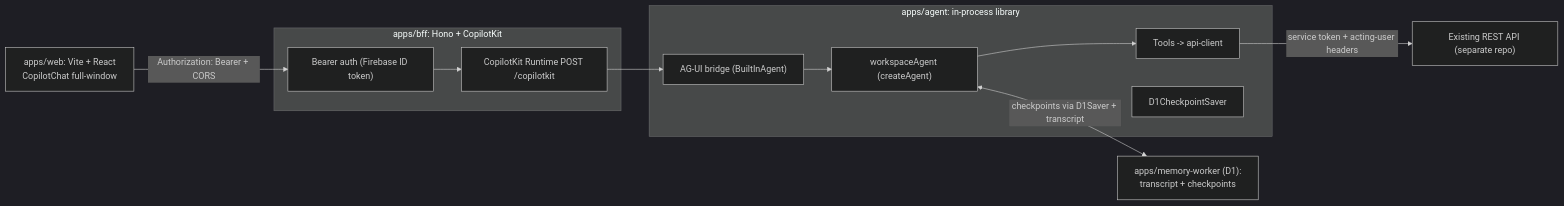
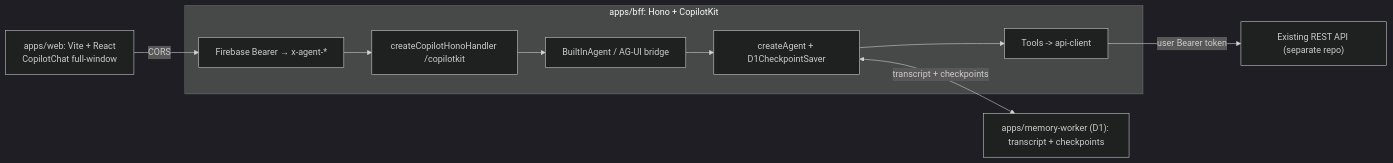
The diagram in langchain-copilot-boilerplate/README.md (phuocv76/langchain-js), drawn with Mermaid (dark theme) before and after one commit. The commit also changed other lines of this file and 25 other files, not shown here.

````diff
--- a/langchain-copilot-boilerplate/README.md
+++ b/langchain-copilot-boilerplate/README.md
@@ -27,19 +25,16 @@
 ```mermaid
 flowchart LR
   UI["apps/web: Vite + React<br/>CopilotChat full-window"]
   subgraph bff [apps/bff: Hono + CopilotKit]
-    Auth["Bearer auth (Firebase ID token)"]
-    Runtime["CopilotKit Runtime POST /copilotkit"]
+    Identity["Firebase Bearer → x-agent-*"]
+    Runtime["createCopilotHonoHandler /copilotkit"]
+    Bridge["BuiltInAgent / AG-UI bridge"]
+    Graph["createAgent + D1CheckpointSaver"]
+    Tools["Tools -> api-client"]
   end
-  subgraph agent [apps/agent: in-process library]
-    Bridge["AG-UI bridge (BuiltInAgent)"]
-    Graph["workspaceAgent (createAgent)"]
-    Tools["Tools -> api-client"]
-    D1Saver["D1CheckpointSaver"]
-  end
-  MW["apps/memory-worker (D1):<br/>transcript + checkpoints"]
+  MW["apps/memory-worker (D1): transcript + checkpoints"]
   API["Existing REST API (separate repo)"]
-  UI -->|Authorization: Bearer + CORS| Auth --> Runtime --> Bridge --> Graph
-  Graph --> Tools -->|service token + acting-user headers| API
-  Graph <-->|checkpoints via D1Saver + transcript| MW
+  UI -->|CORS| Identity --> Runtime --> Bridge --> Graph
+  Graph --> Tools -->|user Bearer token| API
+  Graph <-->|transcript + checkpoints| MW
 ```
````
